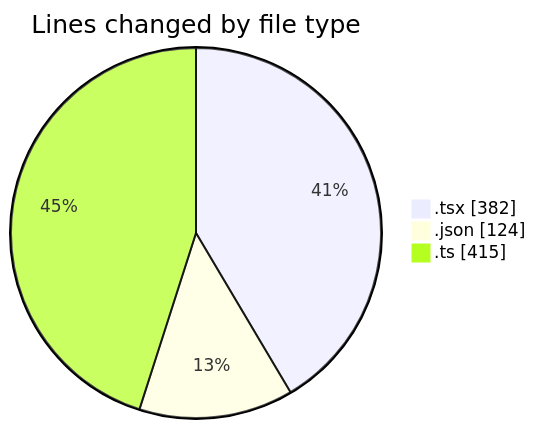
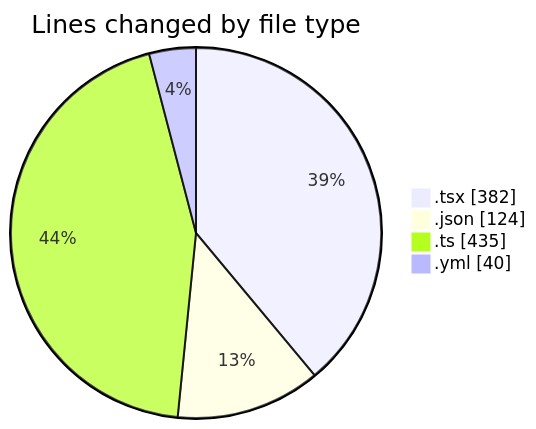
The first of 2 diagrams in 2025-11-28/eventscop-frontend-guide__workspace_/README.md (julien-gomy/code-tracking), drawn with Mermaid before and after one commit. The commit also changed other lines of this file and 1 other file, not shown here.

````diff
--- a/2025-11-28/eventscop-frontend-guide__workspace_/README.md
+++ b/2025-11-28/eventscop-frontend-guide__workspace_/README.md
@@ -24,7 +26,8 @@
 ```mermaid
 pie showData
 title Lines changed by file type
 ".tsx" : 382
 ".json" : 124
-".ts" : 415
+".ts" : 435
+".yml" : 40
 ```
````
